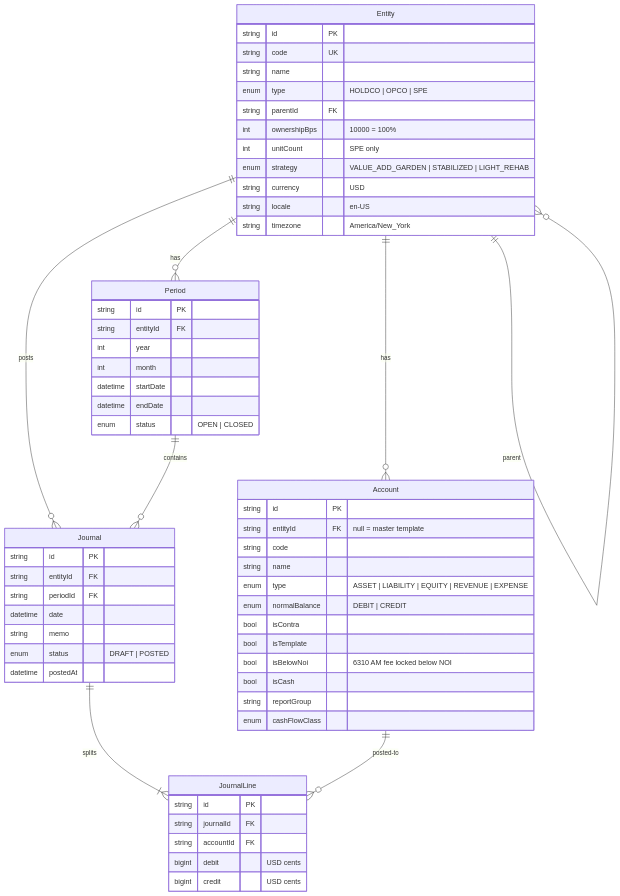
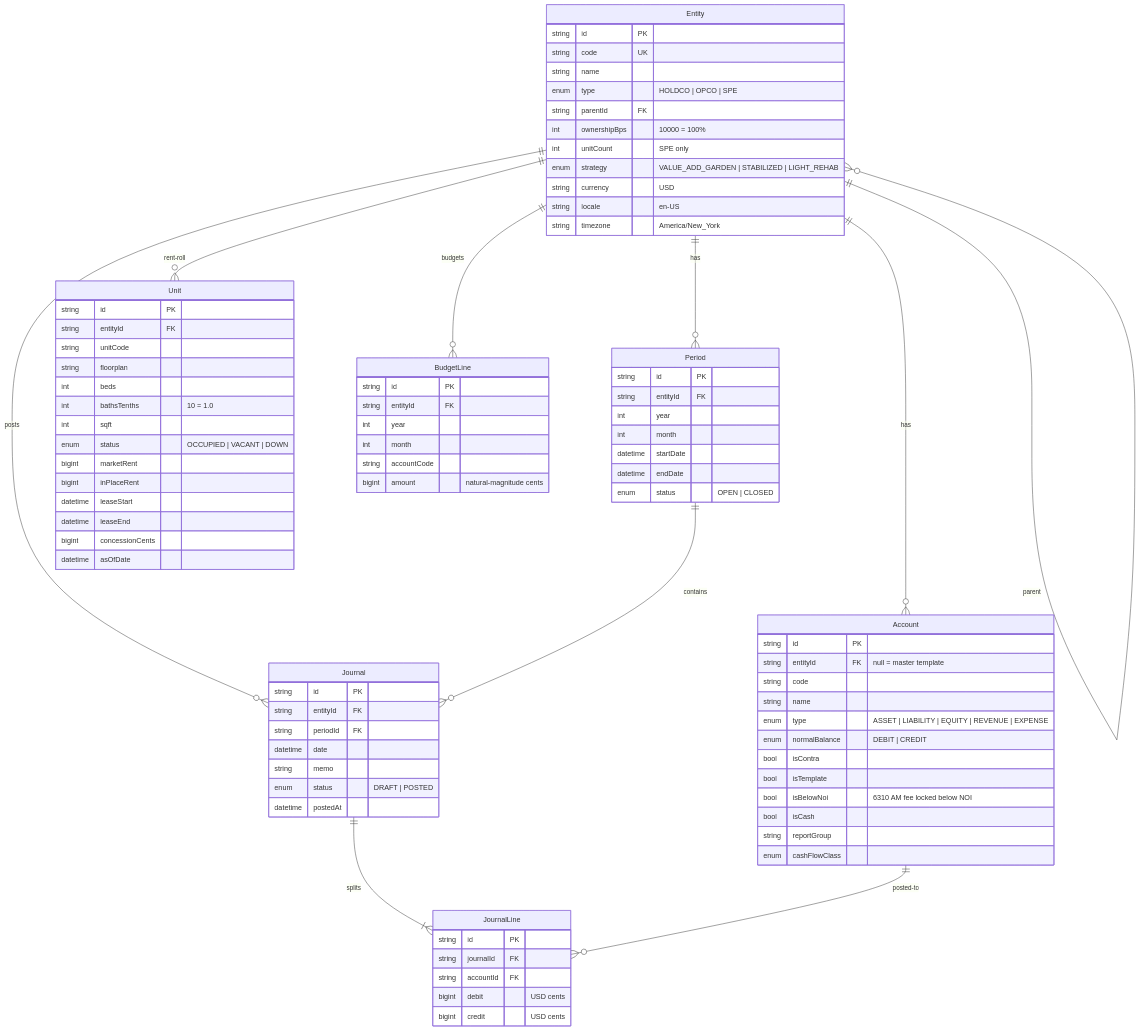
One commit to AVWJR/AVWJR-rcp-portfolio-control changed the diagram in ERD.md. Above: the diagram before and after it, drawn with Mermaid. The commit also changed other lines of this file and 51 other files, not shown here.

First line of the commit message:
Add Phase B operating package: NOI bridge, rent roll, budgets.

````diff
--- a/ERD.md
+++ b/ERD.md
@@ -8,6 +8,8 @@
   Entity ||--o{ Account : has
   Entity ||--o{ Period : has
   Entity ||--o{ Journal : posts
+  Entity ||--o{ Unit : rent-roll
+  Entity ||--o{ BudgetLine : budgets
   Period ||--o{ Journal : contains
   Journal ||--|{ JournalLine : splits
   Account ||--o{ JournalLine : posted-to
@@ -68,4 +70,30 @@
     bigint debit "USD cents"
     bigint credit "USD cents"
   }
+
+  Unit {
+    string id PK
+    string entityId FK
+    string unitCode
+    string floorplan
+    int beds
+    int bathsTenths "10 = 1.0"
+    int sqft
+    enum status "OCCUPIED | VACANT | DOWN"
+    bigint marketRent
+    bigint inPlaceRent
+    datetime leaseStart
+    datetime leaseEnd
+    bigint concessionCents
+    datetime asOfDate
+  }
+
+  BudgetLine {
+    string id PK
+    string entityId FK
+    int year
+    int month
+    string accountCode
+    bigint amount "natural-magnitude cents"
+  }
 ```
````
